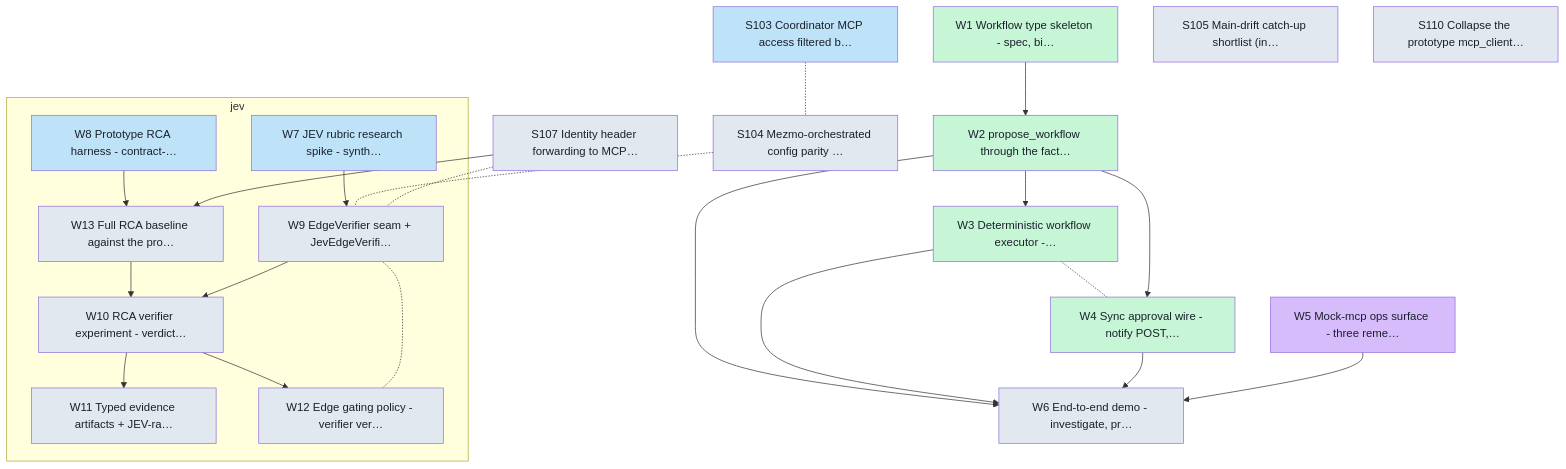
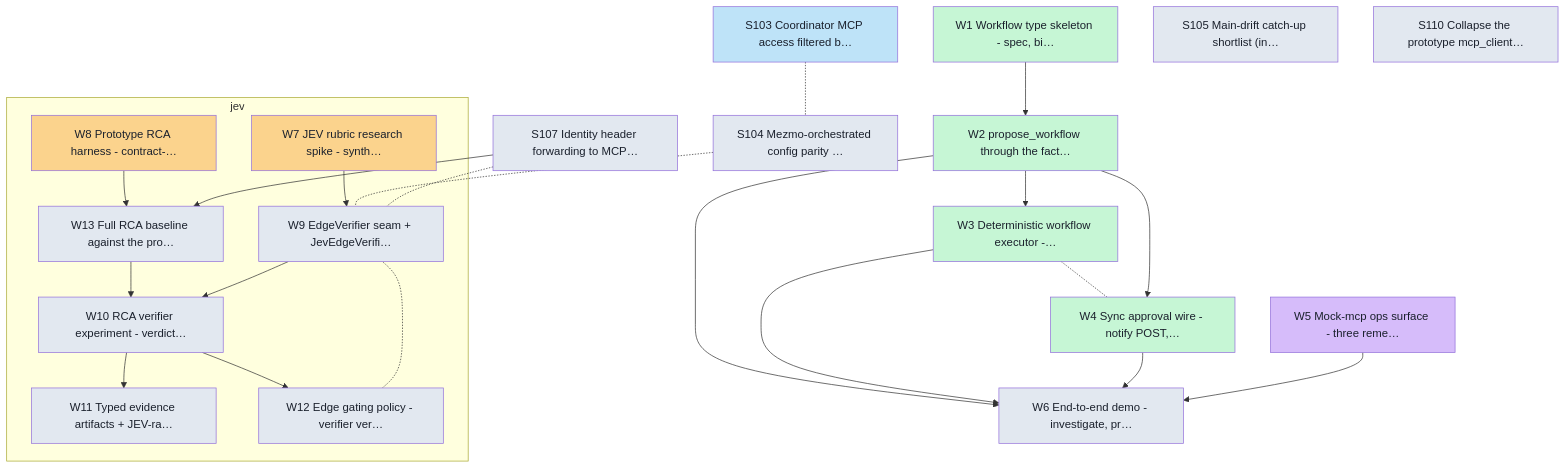
One commit to Shearerbeard/agent-driver-prototype changed the diagram in docs/board/cards/graph.md. Above: the diagram before and after it, drawn with Mermaid. The commit also changed 4 other files, not shown here.

````diff
--- a/docs/board/cards/graph.md
+++ b/docs/board/cards/graph.md
@@ -8,47 +8,47 @@
 ```mermaid
 flowchart TD
   classDef backlog fill:#e2e8f0,color:#1a202c;
   classDef ready fill:#bee3f8,color:#1a202c;
   classDef inprogress fill:#fbd38d,color:#1a202c;
   classDef inreview fill:#d6bcfa,color:#1a202c;
   classDef done fill:#c6f6d5,color:#1a202c;
   subgraph lane_jev["jev"]
-    W7["W7 JEV rubric research spike - synth…"]:::ready
-    W8["W8 Prototype RCA harness - contract-…"]:::ready
+    W7["W7 JEV rubric research spike - synth…"]:::inprogress
+    W8["W8 Prototype RCA harness - contract-…"]:::inprogress
     W9["W9 EdgeVerifier seam + JevEdgeVerifi…"]:::backlog
     W10["W10 RCA verifier experiment - verdict…"]:::backlog
     W11["W11 Typed evidence artifacts + JEV-ra…"]:::backlog
     W12["W12 Edge gating policy - verifier ver…"]:::backlog
     W13["W13 Full RCA baseline against the pro…"]:::backlog
   end
   W1["W1 Workflow type skeleton - spec, bi…"]:::done
   W2["W2 propose_workflow through the fact…"]:::done
   W3["W3 Deterministic workflow executor -…"]:::done
   W4["W4 Sync approval wire - notify POST,…"]:::done
   W5["W5 Mock-mcp ops surface - three reme…"]:::inreview
   W6["W6 End-to-end demo - investigate, pr…"]:::backlog
   S103["S103 Coordinator MCP access filtered b…"]:::ready
   S104["S104 Mezmo-orchestrated config parity …"]:::backlog
   S105["S105 Main-drift catch-up shortlist (in…"]:::backlog
   S107["S107 Identity header forwarding to MCP…"]:::backlog
   S110["S110 Collapse the prototype mcp_client…"]:::backlog
   W1 --> W2
   W2 --> W3
   W3 -.- W4
   W2 --> W4
   W2 --> W6
   W3 --> W6
   W4 --> W6
   W5 --> W6
   W7 --> W9
   W13 --> W10
   W9 --> W10
   W10 --> W11
   W10 --> W12
   W12 -.- W9
   W8 --> W13
   S107 --> W13
   S103 -.- S104
   S104 -.- W9
   S107 -.- W9
 ```
````
